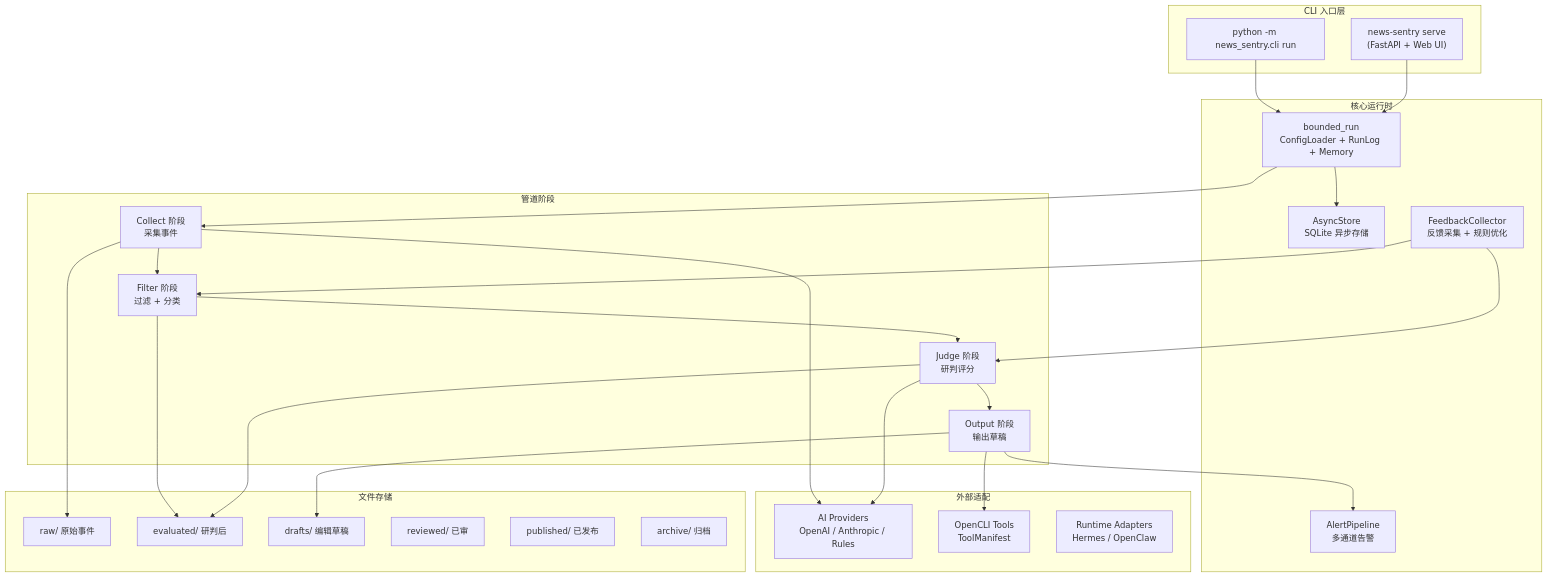
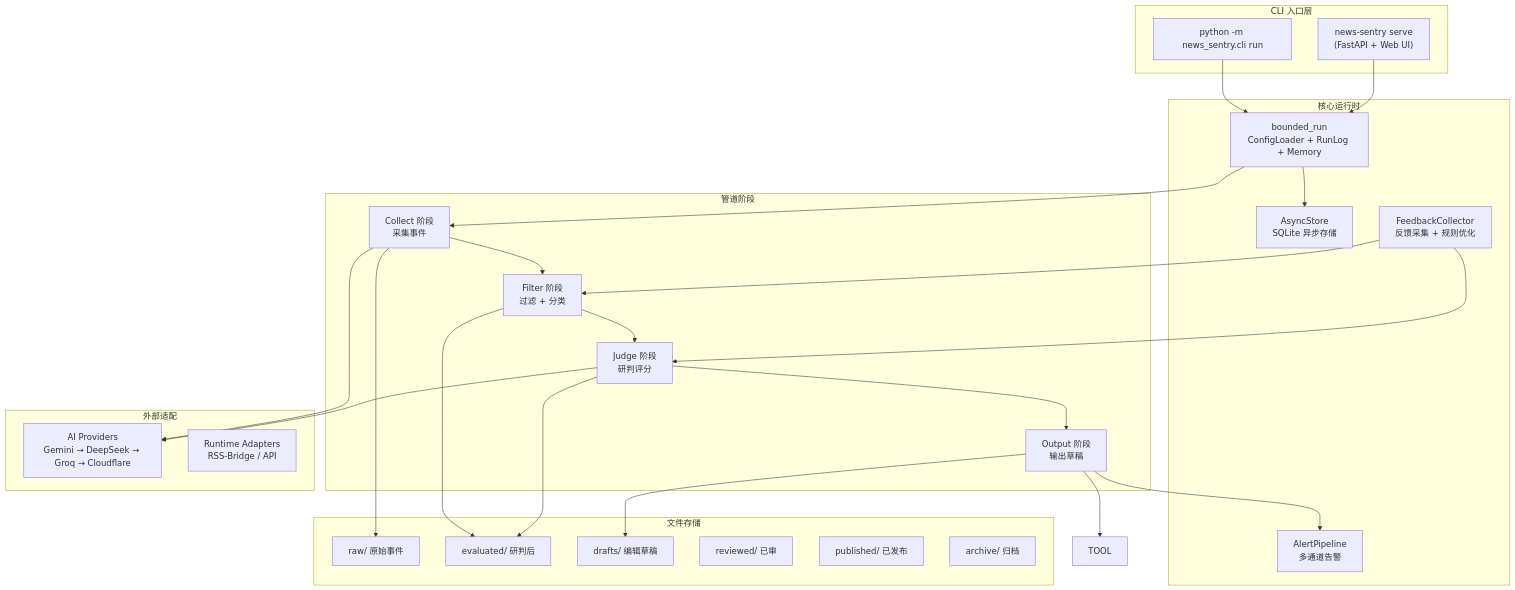
One commit to XucroYuri/NewsSentry changed the first of 5 diagrams in AGENTS.md. Above: the diagram before and after it, drawn with Mermaid. The commit also changed other lines of this file, not shown here.

First line of the commit message:
docs: update AGENTS.md Phase status — P1-P5 completed, v2 architecture sync

````diff
--- a/AGENTS.md
+++ b/AGENTS.md
@@ -17,51 +17,50 @@
 ```mermaid
 flowchart TB
     subgraph CLI["CLI 入口层"]
         RUN["python -m news_sentry.cli run"]
         SERVE["news-sentry serve<br/>(FastAPI + Web UI)"]
     end
 
     subgraph CORE["核心运行时"]
         BR["bounded_run<br/>ConfigLoader + RunLog + Memory"]
         AS["AsyncStore<br/>SQLite 异步存储"]
         AL["AlertPipeline<br/>多通道告警"]
         FB["FeedbackCollector<br/>反馈采集 + 规则优化"]
     end
 
     subgraph PIPELINE["管道阶段"]
         C["Collect 阶段<br/>采集事件"]
         F["Filter 阶段<br/>过滤 + 分类"]
         J["Judge 阶段<br/>研判评分"]
         O["Output 阶段<br/>输出草稿"]
     end
 
     subgraph ADAPTERS["外部适配"]
-        AP["AI Providers<br/>OpenAI / Anthropic / Rules"]
-        TOOL["OpenCLI Tools<br/>ToolManifest"]
-        RT["Runtime Adapters<br/>Hermes / OpenClaw"]
+        AP["AI Providers<br/>Gemini → DeepSeek → Groq → Cloudflare"]
+        RT["Runtime Adapters<br/>RSS-Bridge / API"]
     end
 
     subgraph STORAGE["文件存储"]
         RAW["raw/ 原始事件"]
         EVAL["evaluated/ 研判后"]
         DRAFTS["drafts/ 编辑草稿"]
         REVIEWED["reviewed/ 已审"]
         PUB["published/ 已发布"]
         ARCHIVE["archive/ 归档"]
     end
 
     RUN --> BR
     SERVE --> BR
     BR --> C --> F --> J --> O
     C --> AP
     J --> AP
     O --> DRAFTS
     O --> AL
     F --> EVAL
     J --> EVAL
     C --> RAW
     BR --> AS
     FB --> F
     FB --> J
     O --> TOOL
 ```
````
